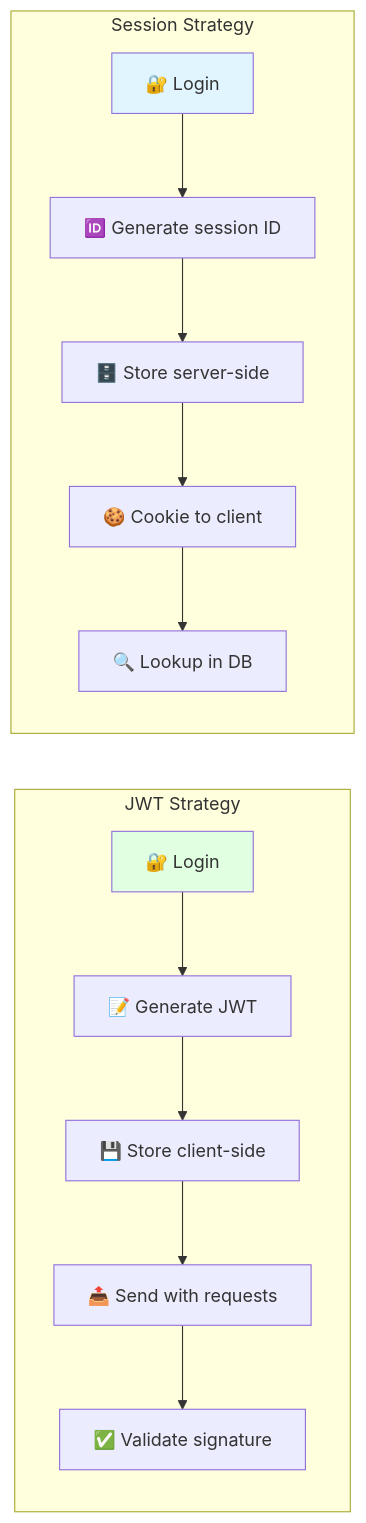
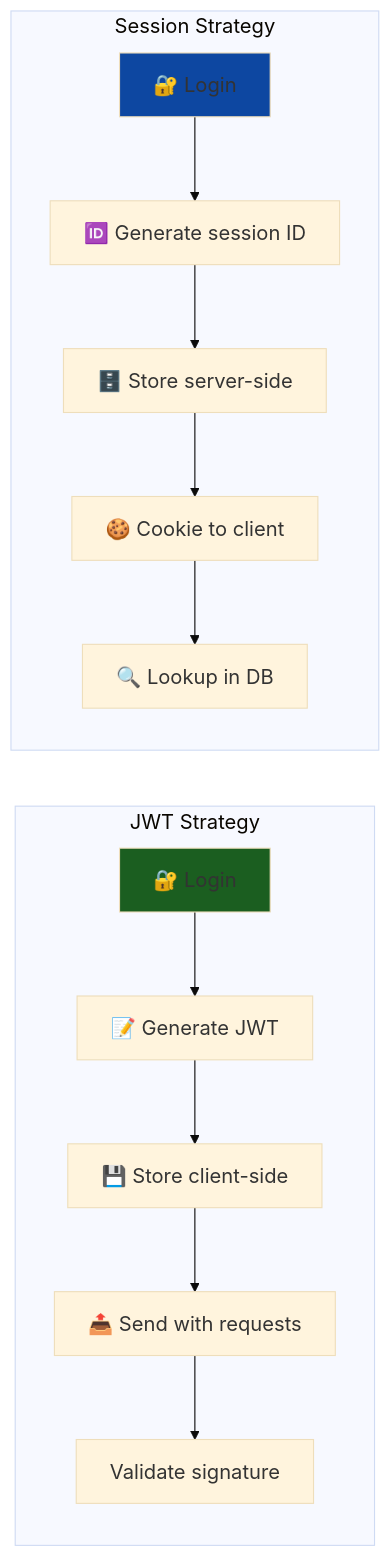
The fifth of 9 diagrams in courses/🟡-development/FPUNA-2026/01-DESARROLLO-SOFTWARE/especializaciones/web-development/03-autenticacion-autorizacion.md (Ai-Whisperers/Courses-Content), drawn with Mermaid before and after one commit. The commit also changed other lines of this file and 47 other files, not shown here.

First line of the commit message:
fix: Make all 473 diagrams WCAG AAA accessible (FPUNA-2026)

````diff
--- a/courses/🟡-development/FPUNA-2026/01-DESARROLLO-SOFTWARE/especializaciones/web-development/03-autenticacion-autorizacion.md
+++ b/courses/🟡-development/FPUNA-2026/01-DESARROLLO-SOFTWARE/especializaciones/web-development/03-autenticacion-autorizacion.md
@@ -287,19 +291,20 @@
 ```mermaid
+%%{init: {'theme':'base', 'themeVariables': {'fontSize':'18px'}}}%%
 graph LR
     subgraph "JWT Strategy"
         A1[🔐 Login] --> B1[📝 Generate JWT]
         B1 --> C1[💾 Store client-side]
         C1 --> D1[📤 Send with requests]
-        D1 --> E1[✅ Validate signature]
+        D1 --> E1[Validate signature]
     end
     
     subgraph "Session Strategy"
         A2[🔐 Login] --> B2[🆔 Generate session ID]
         B2 --> C2[🗄️ Store server-side]
         C2 --> D2[🍪 Cookie to client]
         D2 --> E2[🔍 Lookup in DB]
     end
     
-    style A1 fill:#E1FFE1
-    style A2 fill:#E1F5FF
+    style A1 fill:#1b5e20
+    style A2 fill:#0d47a1
 ```
````
